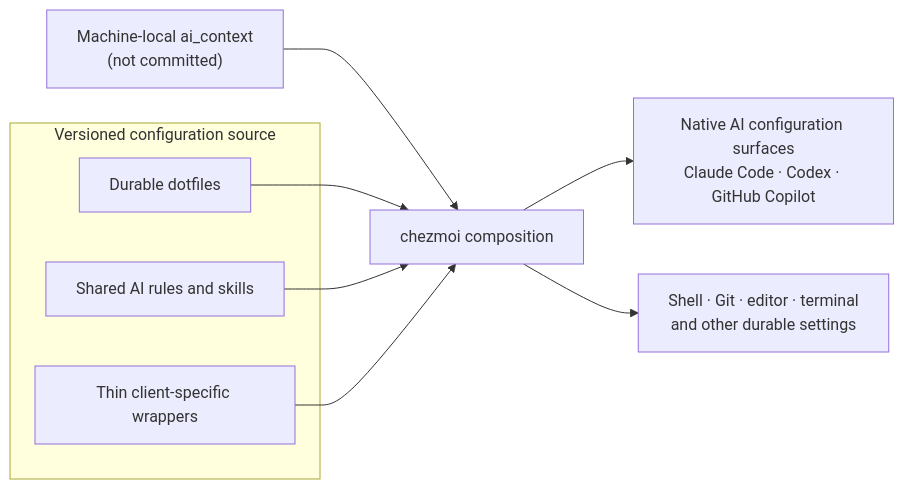
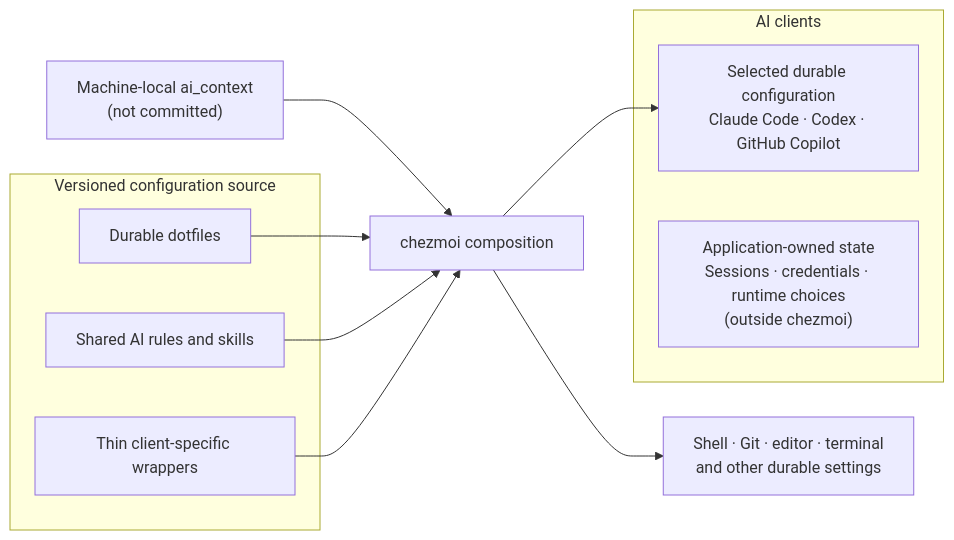
One commit to sherrilla71940/dotfiles changed the diagram in README.md. Above: the diagram before and after it, drawn with Mermaid. The commit also changed other lines of this file and 1 other file, not shown here.

````diff
--- a/README.md
+++ b/README.md
@@ -22,14 +22,18 @@
 ```mermaid
 flowchart LR
     subgraph source["Versioned configuration source"]
         dotfiles["Durable dotfiles"]
         shared["Shared AI rules and skills"]
         adapters["Thin client-specific wrappers"]
     end
     profile["Machine-local ai_context<br/>(not committed)"] --> render["chezmoi composition"]
     dotfiles --> render
     shared --> render
     adapters --> render
-    render --> ai["Native AI configuration surfaces<br/>Claude Code · Codex · GitHub Copilot"]
+    subgraph clients["AI clients"]
+        ai["Selected durable configuration<br/>Claude Code · Codex · GitHub Copilot"]
+        appstate["Application-owned state<br/>Sessions · credentials · runtime choices<br/>(outside chezmoi)"]
+    end
+    render --> ai
     render --> settings["Shell · Git · editor · terminal<br/>and other durable settings"]
 ```
````
